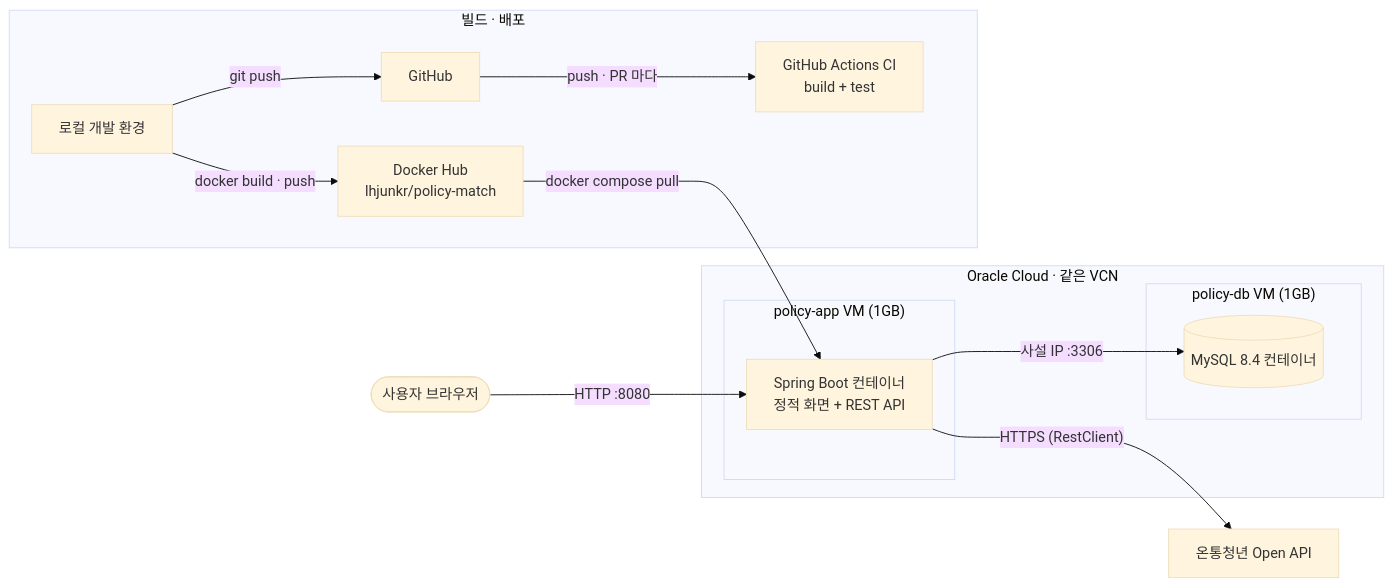
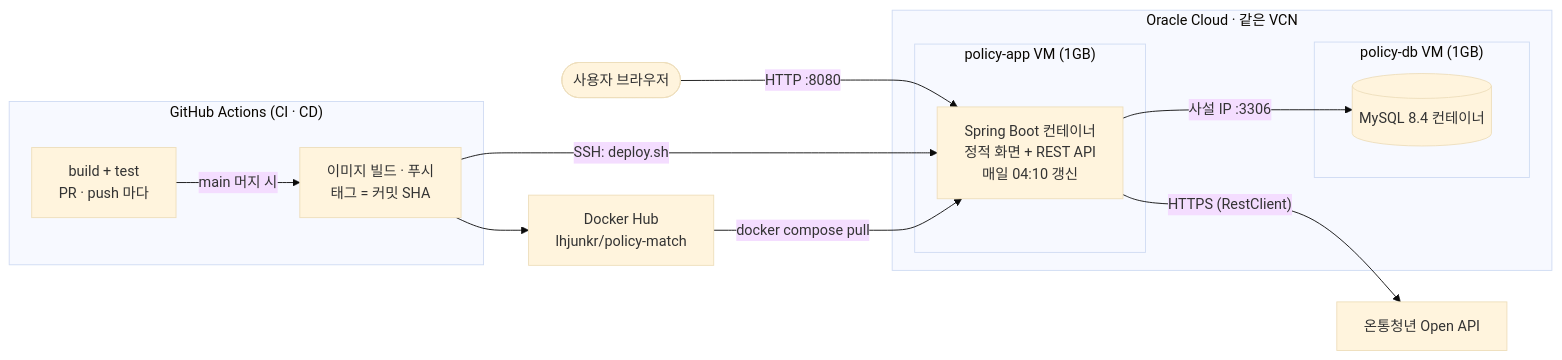
One commit to lhjunkr/public-data-site changed the diagram in README.md. Above: the diagram before and after it, drawn with Mermaid (base theme). The commit also changed other lines of this file, not shown here.

````diff
--- a/README.md
+++ b/README.md
@@ -26,29 +58,28 @@
 ```mermaid
 flowchart LR
     user(["사용자 브라우저"])
     youth["온통청년 Open API"]
 
     subgraph oci ["Oracle Cloud · 같은 VCN"]
         subgraph appvm ["policy-app VM (1GB)"]
-            app["Spring Boot 컨테이너<br/>정적 화면 + REST API"]
+            app["Spring Boot 컨테이너<br/>정적 화면 + REST API<br/>매일 04:10 갱신"]
         end
         subgraph dbvm ["policy-db VM (1GB)"]
             db[("MySQL 8.4 컨테이너")]
         end
     end
 
-    subgraph delivery ["빌드 · 배포"]
-        dev["로컬 개발 환경"]
-        gh["GitHub"]
-        ci["GitHub Actions CI<br/>build + test"]
-        hub["Docker Hub<br/>lhjunkr/policy-match"]
+    subgraph delivery ["GitHub Actions (CI · CD)"]
+        ci["build + test<br/>PR · push 마다"]
+        img["이미지 빌드 · 푸시<br/>태그 = 커밋 SHA"]
     end
+    hub["Docker Hub<br/>lhjunkr/policy-match"]
 
     user -- "HTTP :8080" --> app
     app -- "사설 IP :3306" --> db
     app -- "HTTPS (RestClient)" --> youth
-    dev -- "git push" --> gh
-    gh -- "push · PR 마다" --> ci
-    dev -- "docker build · push" --> hub
+    ci -- "main 머지 시" --> img
+    img --> hub
+    img -- "SSH: deploy.sh" --> app
     hub -- "docker compose pull" --> app
 ```
````
